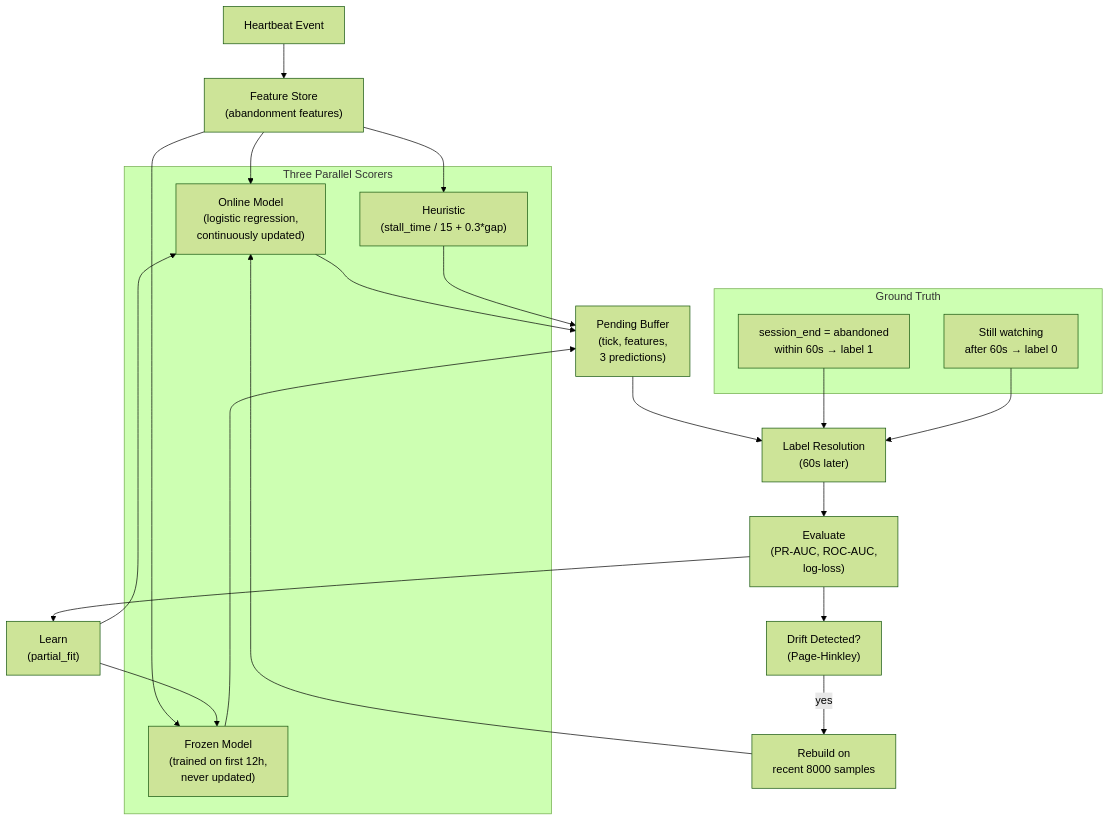
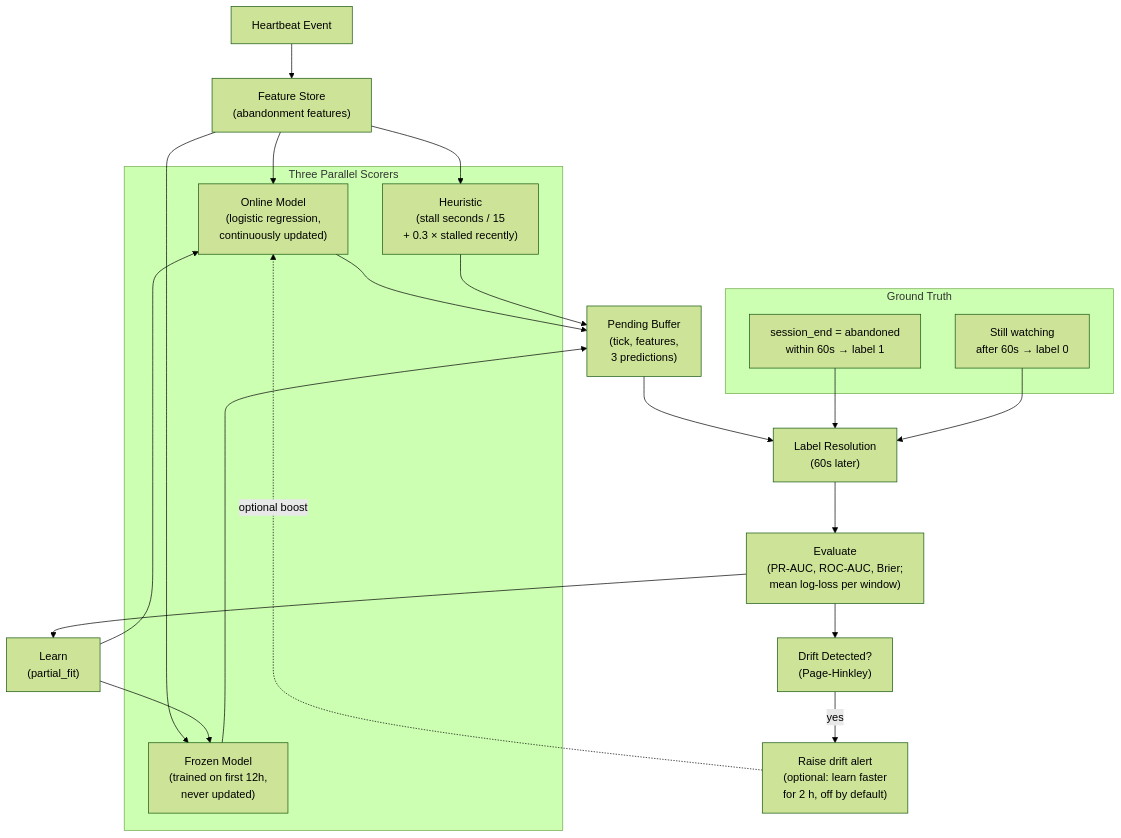
Before and after one commit to shashishekhar37/streampulse: the fourth of 5 diagrams in docs/architecture.md, drawn with Mermaid (forest theme). The commit also changed other lines of this file and 1 other file, not shown here.

First line of the commit message:
Fix architecture doc and show_data labels to match the code

````diff
--- a/docs/architecture.md
+++ b/docs/architecture.md
@@ -166,34 +173,34 @@
 ```mermaid
 flowchart TB
     HB["Heartbeat Event"]
     FS["Feature Store\n(abandonment features)"]
 
     subgraph SCORING["Three Parallel Scorers"]
         ON["Online Model\n(logistic regression,\ncontinuously updated)"]
         FR["Frozen Model\n(trained on first 12h,\nnever updated)"]
-        HE["Heuristic\n(stall_time / 15 + 0.3*gap)"]
+        HE["Heuristic\n(stall seconds / 15\n+ 0.3 × stalled recently)"]
     end
 
     PB["Pending Buffer\n(tick, features,\n3 predictions)"]
     DL["Label Resolution\n(60s later)"]
 
     subgraph LABELS["Ground Truth"]
         L1["session_end = abandoned\nwithin 60s → label 1"]
         L2["Still watching\nafter 60s → label 0"]
     end
 
-    EV["Evaluate\n(PR-AUC, ROC-AUC,\nlog-loss)"]
+    EV["Evaluate\n(PR-AUC, ROC-AUC, Brier;\nmean log-loss per window)"]
     LR["Learn\n(partial_fit)"]
     DR["Drift Detected?\n(Page-Hinkley)"]
-    RT["Rebuild on\nrecent 8000 samples"]
+    RT["Raise drift alert\n(optional: learn faster\nfor 2 h, off by default)"]
 
     HB --> FS
     FS --> ON & FR & HE
     ON & FR & HE --> PB
     PB --> DL
     L1 & L2 --> DL
     DL --> EV --> LR --> ON
     LR --> FR
     EV --> DR
-    DR -->|yes| RT --> ON
+    DR -->|yes| RT -.->|optional boost| ON
 ```
````
